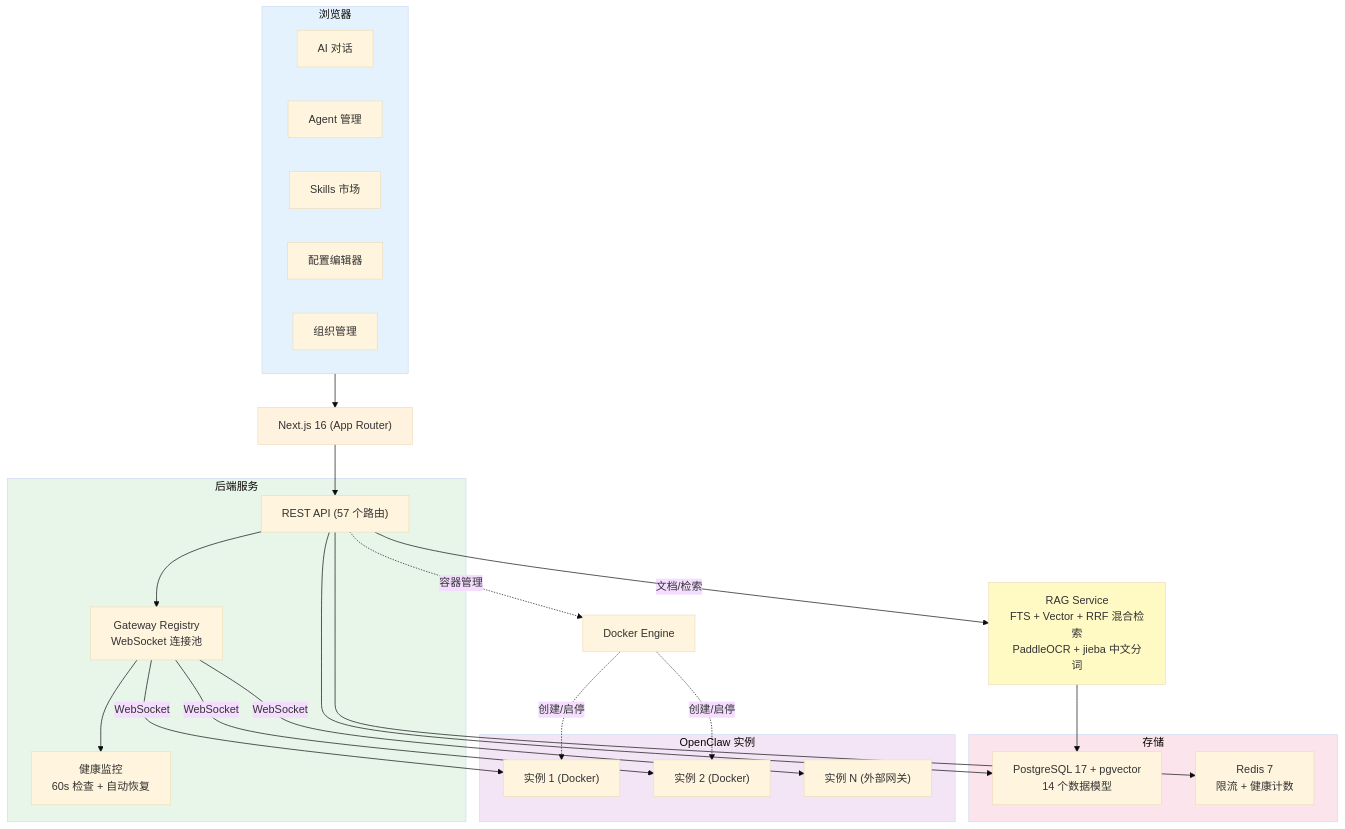
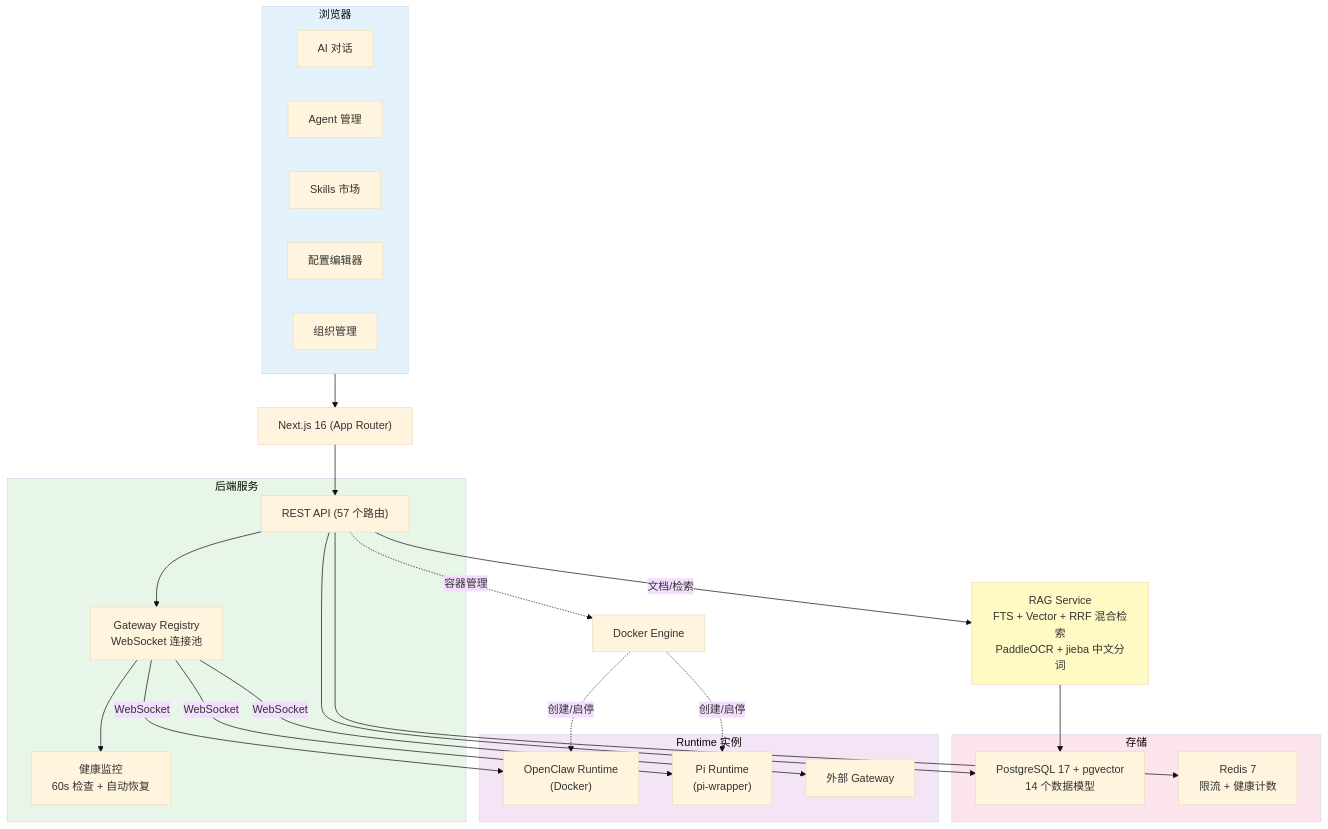
Before and after one commit to szsip239/teamclaw: the first of 2 diagrams in README.md, drawn with Mermaid (base theme). The commit also changed other lines of this file and 4 other files, not shown here.

````diff
--- a/README.md
+++ b/README.md
@@ -372,55 +392,55 @@
 ```mermaid
 graph TB
     subgraph Client["浏览器"]
         Chat["AI 对话"]
         AgentUI["Agent 管理"]
         SkillUI["Skills 市场"]
         ConfigUI["配置编辑器"]
         OrgUI["组织管理"]
     end
 
     NextJS["Next.js 16 (App Router)"]
 
     subgraph Backend["后端服务"]
         API["REST API (57 个路由)"]
         GW["Gateway Registry<br/>WebSocket 连接池"]
         Health["健康监控<br/>60s 检查 + 自动恢复"]
     end
 
     subgraph Storage["存储"]
         PG["PostgreSQL 17 + pgvector<br/>14 个数据模型"]
         RD["Redis 7<br/>限流 + 健康计数"]
     end
 
     RAG["RAG Service<br/>FTS + Vector + RRF 混合检索<br/>PaddleOCR + jieba 中文分词"]
 
-    subgraph Instances["OpenClaw 实例"]
-        OC1["实例 1 (Docker)"]
-        OC2["实例 2 (Docker)"]
-        OCN["实例 N (外部网关)"]
+    subgraph Runtime["Runtime 实例"]
+        OC1["OpenClaw Runtime<br/>(Docker)"]
+        PI1["Pi Runtime<br/>(pi-wrapper)"]
+        OCN["外部 Gateway"]
     end
 
     DK["Docker Engine"]
 
     Client --> NextJS
     NextJS --> API
     API --> GW
     API --> PG
     API --> RD
     API -- "文档/检索" --> RAG
     RAG --> PG
     GW --> Health
     GW -- "WebSocket" --> OC1
-    GW -- "WebSocket" --> OC2
+    GW -- "WebSocket" --> PI1
     GW -- "WebSocket" --> OCN
     API -. "容器管理" .-> DK
     DK -. "创建/启停" .-> OC1
-    DK -. "创建/启停" .-> OC2
+    DK -. "创建/启停" .-> PI1
 
     style Client fill:#e3f2fd
     style NextJS fill:#fff3e0
     style Backend fill:#e8f5e9
     style Storage fill:#fce4ec
     style RAG fill:#fff9c4
-    style Instances fill:#f3e5f5
+    style Runtime fill:#f3e5f5
 ```
````
